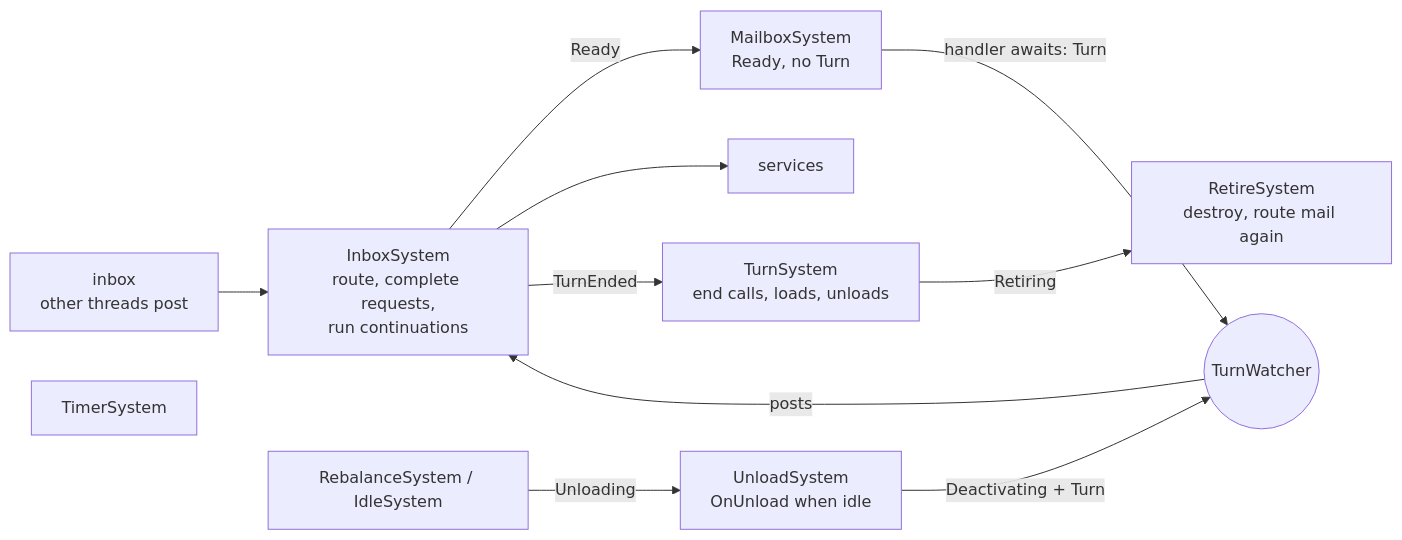
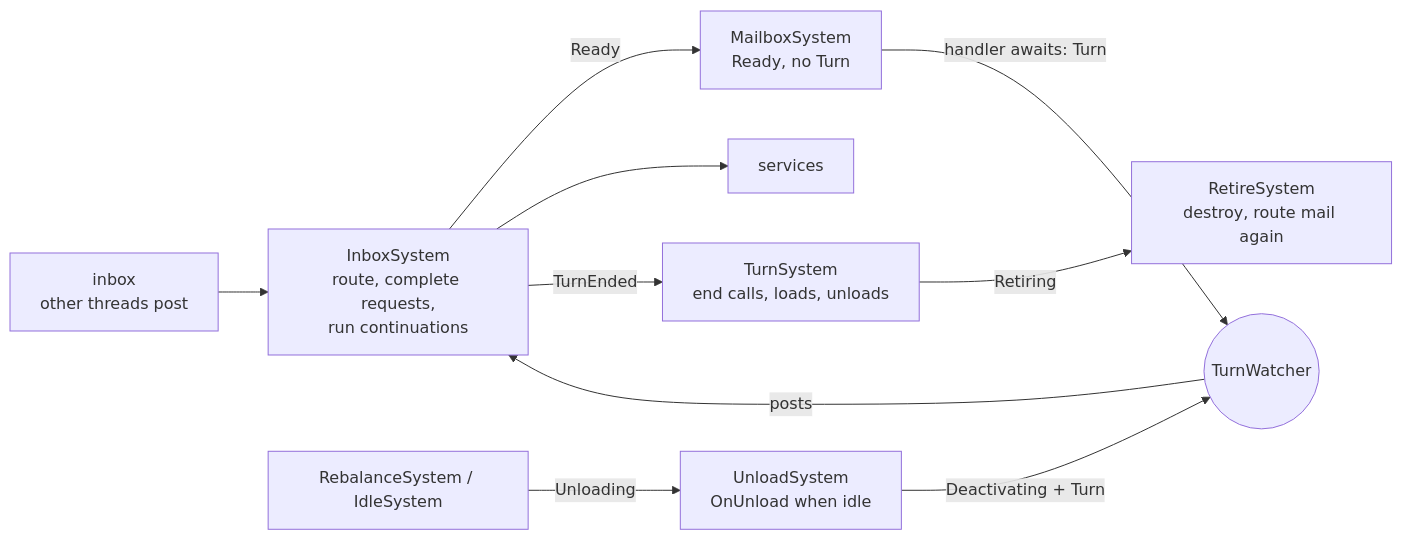
Before and after one commit to JasonXuDeveloper/DaServer: the fourth of 4 diagrams in doc/design.md, drawn with Mermaid. The commit also changed other lines of this file and 4 other files, not shown here.

````diff
--- a/doc/design.md
+++ b/doc/design.md
@@ -272,13 +272,12 @@
 ```mermaid
 flowchart LR
     IN[inbox<br/>other threads post] --> I[InboxSystem<br/>route, complete requests,<br/>run continuations]
     I -->|Ready| M[MailboxSystem<br/>Ready, no Turn]
     I --> S[services]
     M -->|handler awaits: Turn| W((TurnWatcher))
     W -->|posts| I
     I -->|TurnEnded| T[TurnSystem<br/>end calls, loads, unloads]
     T -->|Retiring| RT[RetireSystem<br/>destroy, route mail again]
     R[RebalanceSystem / IdleSystem] -->|Unloading| U[UnloadSystem<br/>OnUnload when idle]
     U -->|Deactivating + Turn| W
-    TM[TimerSystem]
 ```
````
